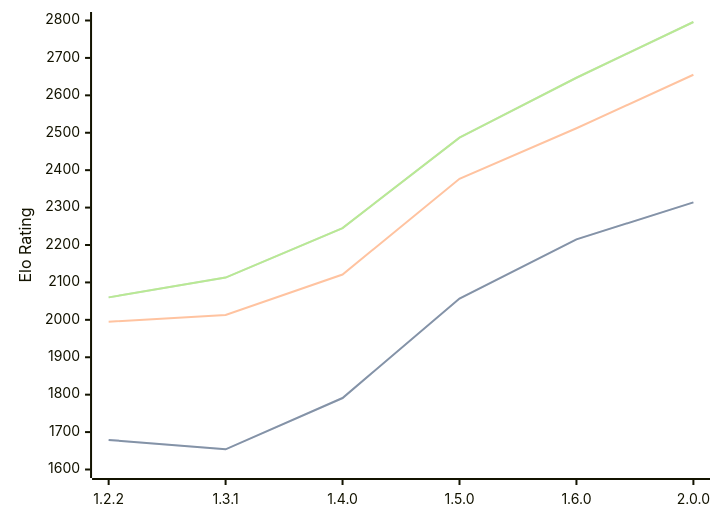
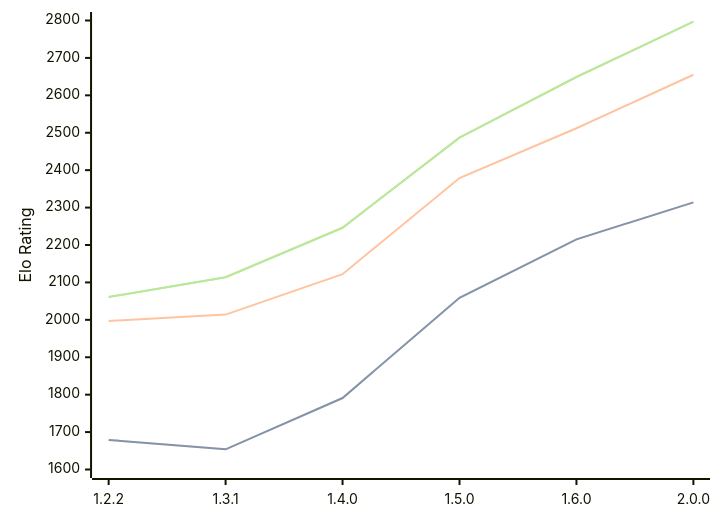
The diagram in engines/SoloEngine.md (computer-chess-index/cci), drawn with Mermaid before and after one commit. The commit also changed other lines of this file, not shown here.

Commit message:
Update CCI Ratings (ELO VLTC) - 2026-04-22

````diff
--- a/engines/SoloEngine.md
+++ b/engines/SoloEngine.md
@@ -37,11 +37,11 @@
 ```mermaid
 %%{init: {"theme":"base","themeVariables":{"seriesColors:['#a3a3a3','#222221','#faa371']}}}%%
 xychart-beta
   x-axis ["1.2.2", "1.3.1", "1.4.0", "1.5.0", "1.6.0", "2.0.0"]
   y-axis "Elo Rating" 1600 --> 2800
-  line "STC (8.0+0.08s)" [1679, 1654, 1791, 2057, 2215, 2314]
-  line "STC (8.0+0.08s)" [1679, 1654, 1791, 2057, 2215, 2314]
-  line "LTC (60.0+0.60s)" [1995, 2013, 2121, 2377, 2512, 2655]
-  line "VLTC (2m24s+1.12s)" [2060, 2113, 2245, 2487, 2647, 2796]
-  line "VLTC (2m24s+1.12s)" [2060, 2113, 2245, 2487, 2647, 2796]
+  line "STC (8.0+0.08s)" [1679, 1654, 1791, 2059, 2215, 2314]
+  line "STC (8.0+0.08s)" [1679, 1654, 1791, 2059, 2215, 2314]
+  line "LTC (60.0+0.60s)" [1997, 2014, 2122, 2379, 2512, 2655]
+  line "VLTC (2m24s+1.12s)" [2061, 2114, 2246, 2487, 2649, 2797]
+  line "VLTC (2m24s+1.12s)" [2061, 2114, 2246, 2487, 2649, 2797]
 ```
````
